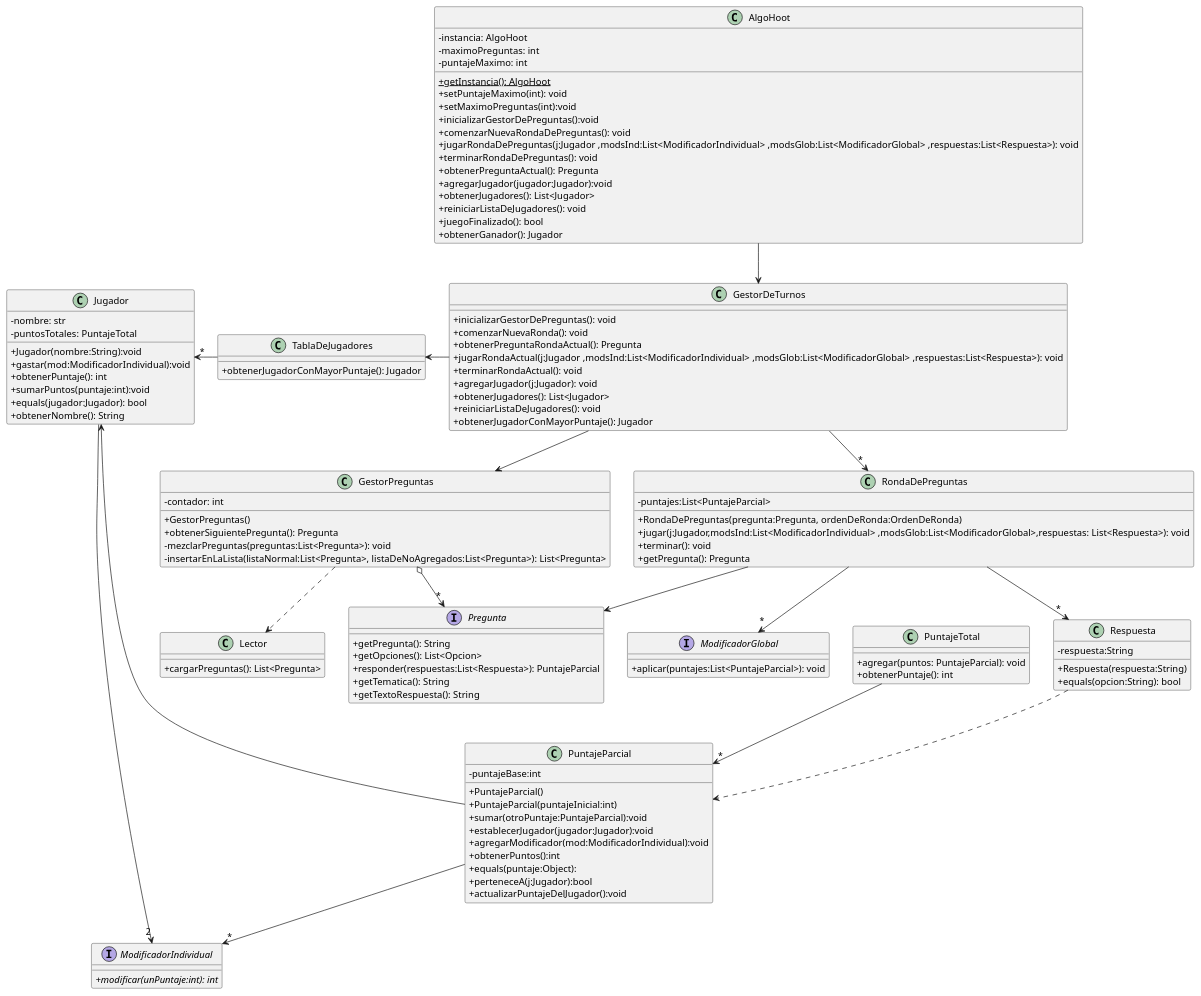
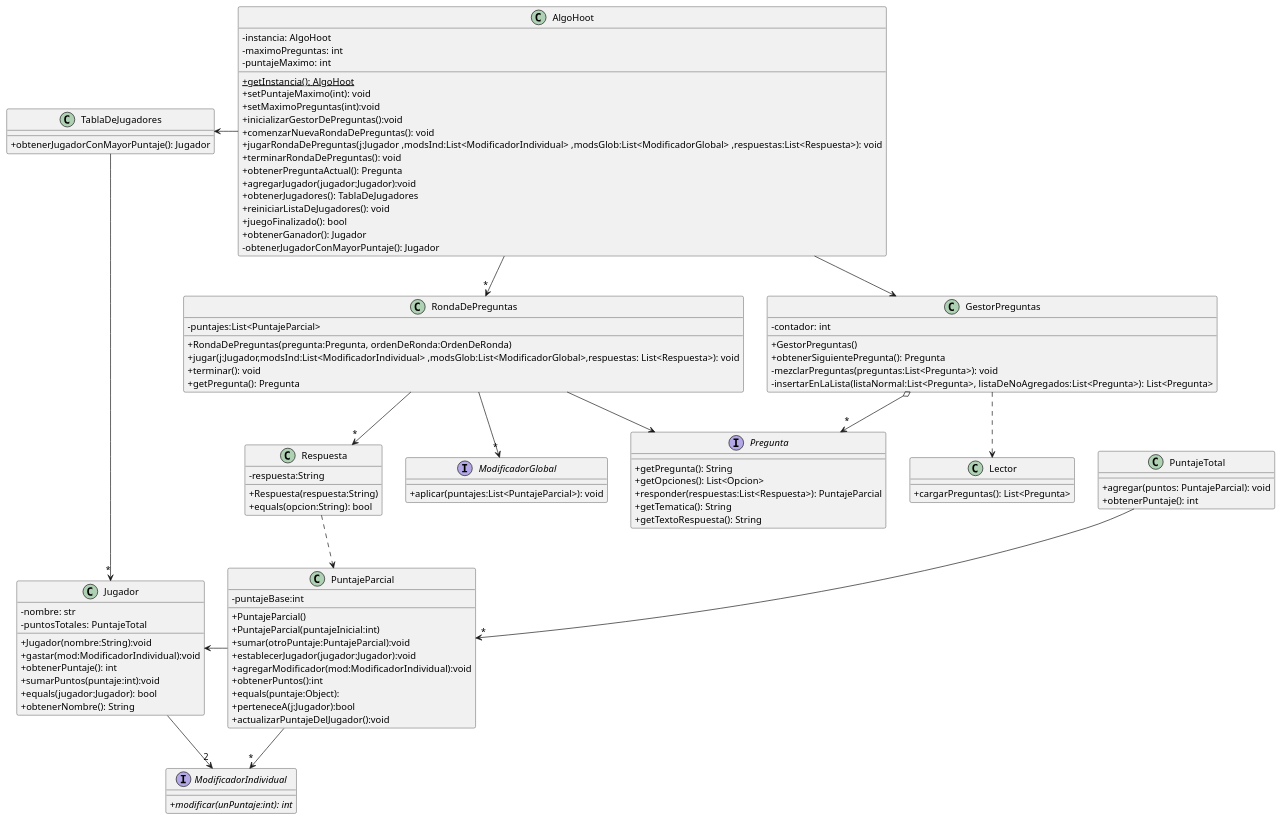
One commit to ValentinMarturet/ALGO3-TP2 changed the diagram in diagrams/classes/entrega0/clases2.plantuml. Above: the diagram before and after it, drawn with PlantUML.

Commit message:
Actualizacion diagrama de clases con refactor de Algohoot y Gestor de Turnos

```diff
--- a/diagrams/classes/entrega0/clases2.plantuml
+++ b/diagrams/classes/entrega0/clases2.plantuml
@@ -1,136 +1,126 @@
 @startuml clasesGenerales
 
 skinparam monochrome false
 /'skinparam monochrome true'/
 /'hide circle '/
 skinparam classAttributeIconSize 0
 
 interface Pregunta {
     + getPregunta(): String
     + getOpciones(): List<Opcion>
     + responder(respuestas:List<Respuesta>): PuntajeParcial
     + getTematica(): String
     + getTextoRespuesta(): String
 }
+class AlgoHoot {
+    - instancia: AlgoHoot
+    - maximoPreguntas: int
+    - puntajeMaximo: int
+    + {static}getInstancia(): AlgoHoot
+    + setPuntajeMaximo(int): void
+    + setMaximoPreguntas(int):void
+    + inicializarGestorDePreguntas():void
+    + comenzarNuevaRondaDePreguntas(): void
+    + jugarRondaDePreguntas(j:Jugador ,modsInd:List<ModificadorIndividual> ,modsGlob:List<ModificadorGlobal> ,respuestas:List<Respuesta>): void
+    + terminarRondaDePreguntas(): void
+    + obtenerPreguntaActual(): Pregunta
+    + agregarJugador(jugador:Jugador):void
+    + obtenerJugadores(): TablaDeJugadores
+    + reiniciarListaDeJugadores(): void
+    + juegoFinalizado(): bool
+    + obtenerGanador(): Jugador
+    - obtenerJugadorConMayorPuntaje(): Jugador
+}
 
-class GestorDeTurnos {
-    + inicializarGestorDePreguntas(): void
-    + comenzarNuevaRonda(): void
-    + obtenerPreguntaRondaActual(): Pregunta
-    + jugarRondaActual(j:Jugador ,modsInd:List<ModificadorIndividual> ,modsGlob:List<ModificadorGlobal> ,respuestas:List<Respuesta>): void
-    + terminarRondaActual(): void
-    + agregarJugador(j:Jugador): void
-    + obtenerJugadores(): List<Jugador>
-    + reiniciarListaDeJugadores(): void
-    + obtenerJugadorConMayorPuntaje(): Jugador
 
-}
 
 class RondaDePreguntas {
     - puntajes:List<PuntajeParcial>
     + RondaDePreguntas(pregunta:Pregunta, ordenDeRonda:OrdenDeRonda)
     + jugar(j:Jugador,modsInd:List<ModificadorIndividual> ,modsGlob:List<ModificadorGlobal>,respuestas: List<Respuesta>): void
     + terminar(): void
     + getPregunta(): Pregunta
 }
 
 class GestorPreguntas {
     - contador: int
     + GestorPreguntas()
     + obtenerSiguientePregunta(): Pregunta
     - mezclarPreguntas(preguntas:List<Pregunta>): void
     - insertarEnLaLista(listaNormal:List<Pregunta>, listaDeNoAgregados:List<Pregunta>): List<Pregunta>
 }
 
 class Jugador {
     - nombre: str
     - puntosTotales: PuntajeTotal
     + Jugador(nombre:String):void
     + gastar(mod:ModificadorIndividual):void
     + obtenerPuntaje(): int
     + sumarPuntos(puntaje:int):void
     + equals(jugador:Jugador): bool
     + obtenerNombre(): String
 }
 
 class Respuesta {
     - respuesta:String
     + Respuesta(respuesta:String)
     + equals(opcion:String): bool
 }
 
-class AlgoHoot {
-    - instancia: AlgoHoot
-    - maximoPreguntas: int
-    - puntajeMaximo: int
-    + {static}getInstancia(): AlgoHoot
-    + setPuntajeMaximo(int): void
-    + setMaximoPreguntas(int):void
-    + inicializarGestorDePreguntas():void
-    + comenzarNuevaRondaDePreguntas(): void
-    + jugarRondaDePreguntas(j:Jugador ,modsInd:List<ModificadorIndividual> ,modsGlob:List<ModificadorGlobal> ,respuestas:List<Respuesta>): void
-    + terminarRondaDePreguntas(): void
-    + obtenerPreguntaActual(): Pregunta
-    + agregarJugador(jugador:Jugador):void
-    + obtenerJugadores(): List<Jugador>
-    + reiniciarListaDeJugadores(): void
-    + juegoFinalizado(): bool
-    + obtenerGanador(): Jugador
-}
+
 
 class Lector{
     +cargarPreguntas(): List<Pregunta>
 }
 
 interface ModificadorIndividual{
     + {abstract} modificar(unPuntaje:int): int
 }
 
 interface ModificadorGlobal{
     +aplicar(puntajes:List<PuntajeParcial>): void
 }
 
 class PuntajeParcial{
     -puntajeBase:int
     +PuntajeParcial()
     +PuntajeParcial(puntajeInicial:int)
     +sumar(otroPuntaje:PuntajeParcial):void
     +establecerJugador(jugador:Jugador):void
     +agregarModificador(mod:ModificadorIndividual):void
     +obtenerPuntos():int
     +equals(puntaje:Object):
     +perteneceA(j:Jugador):bool
     +actualizarPuntajeDelJugador():void
 }
 
 class PuntajeTotal {
     + agregar(puntos: PuntajeParcial): void
     + obtenerPuntaje(): int
 
 }
 
 class TablaDeJugadores {
     + obtenerJugadorConMayorPuntaje(): Jugador
 }
 
 
-GestorDeTurnos -down-> GestorPreguntas
-GestorDeTurnos -down-> "*" RondaDePreguntas
+AlgoHoot -down-> GestorPreguntas
+AlgoHoot -down-> "*" RondaDePreguntas
 GestorPreguntas o-->"*" Pregunta
 GestorPreguntas ..> Lector
 RondaDePreguntas --> Pregunta
 RondaDePreguntas --> "*" Respuesta
-AlgoHoot --> GestorDeTurnos
-TablaDeJugadores -left->"*" Jugador
+TablaDeJugadores -down->"*" Jugador
 PuntajeParcial -left-> Jugador
 Respuesta ..> PuntajeParcial
-GestorDeTurnos -left-> TablaDeJugadores
+AlgoHoot -left-> TablaDeJugadores
 
 PuntajeTotal --> "*" PuntajeParcial
 PuntajeParcial --> "*" ModificadorIndividual
 
 Jugador --> "2" ModificadorIndividual
 RondaDePreguntas -->"*" ModificadorGlobal
 
 
 @enduml
```
